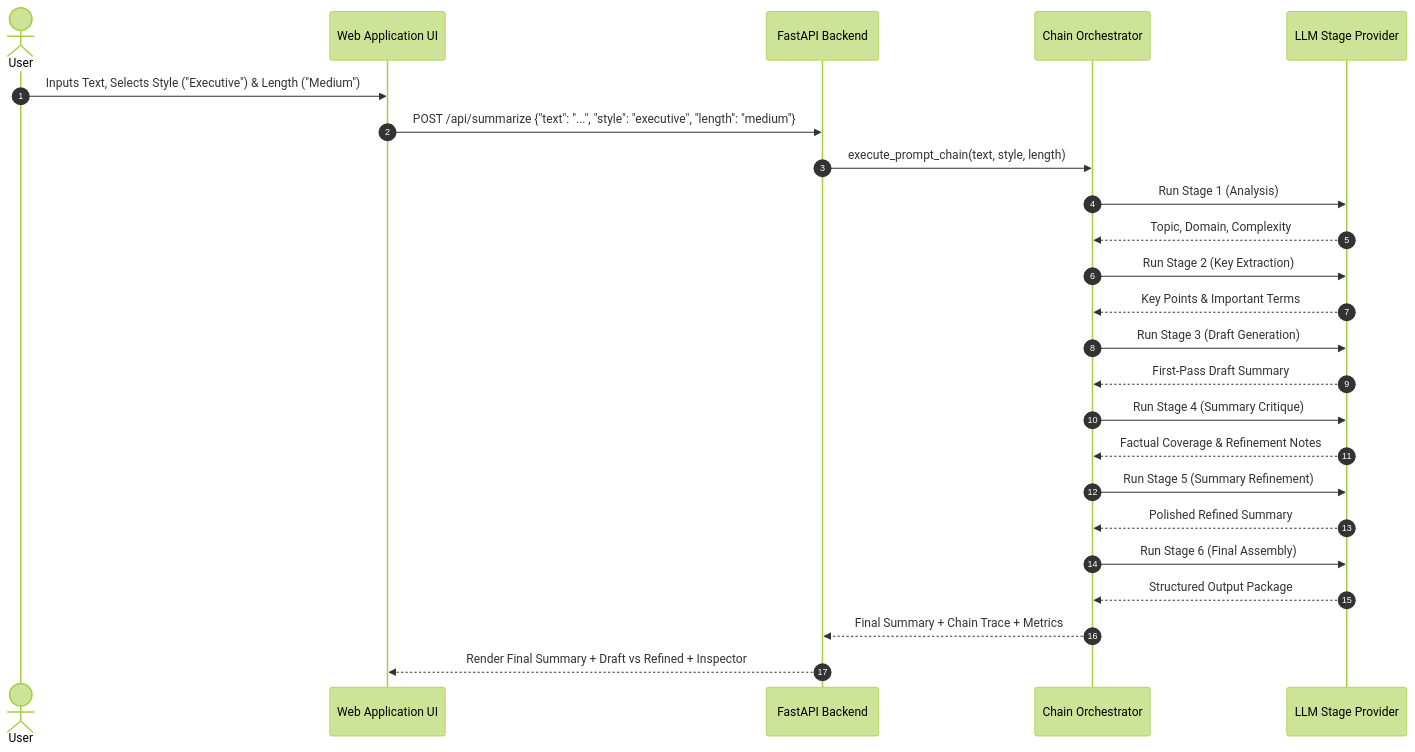
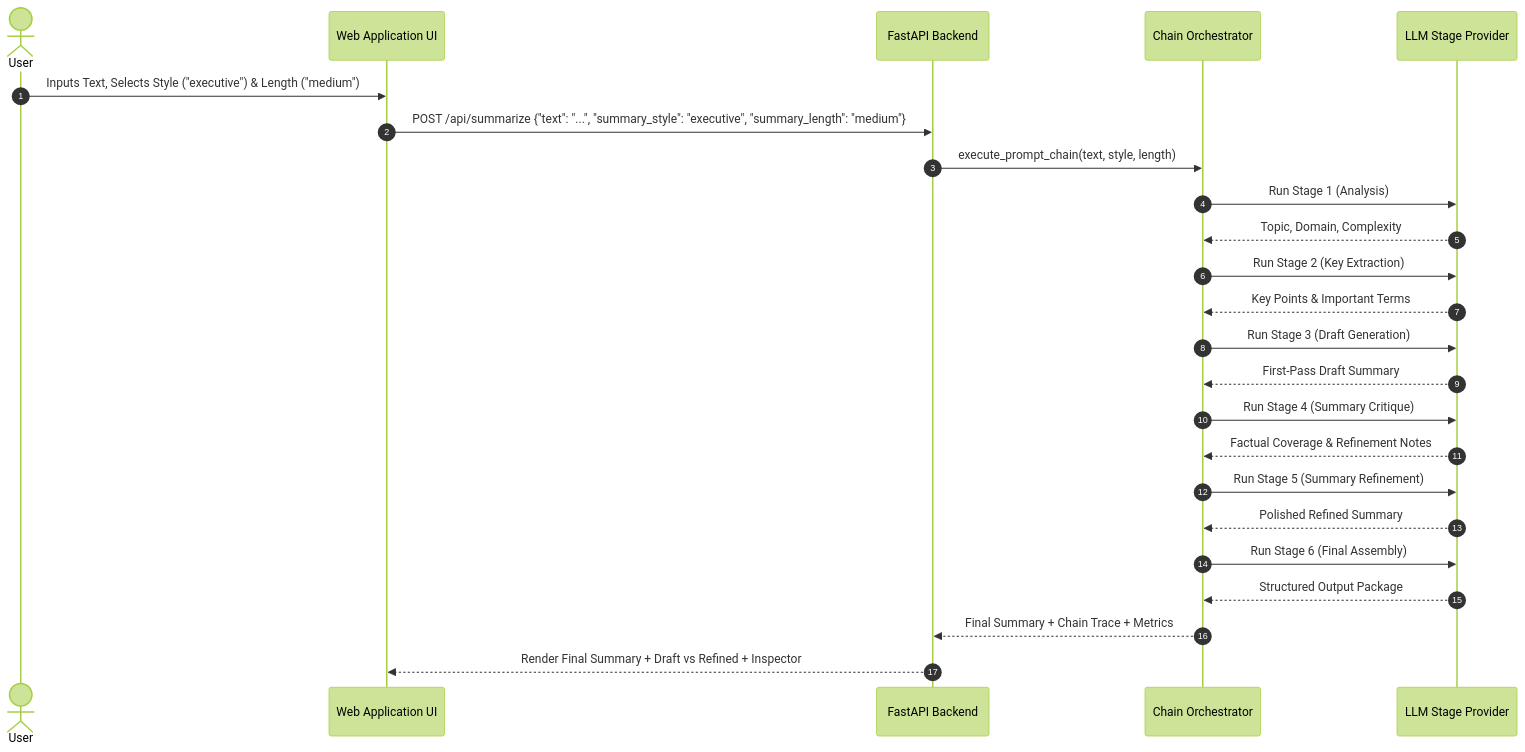
One commit to Vaishnav53/Applied-Agentic-AI-Lab-Experiments changed the sixth of 6 diagrams in AGENTIC_AI_LAB_COMPLETE_GUIDE.md. Above: the diagram before and after it, drawn with Mermaid (forest theme). The commit also changed other lines of this file and 4 other files, not shown here.

````diff
--- a/AGENTIC_AI_LAB_COMPLETE_GUIDE.md
+++ b/AGENTIC_AI_LAB_COMPLETE_GUIDE.md
@@ -819,27 +897,27 @@
 ```mermaid
 sequenceDiagram
     autonumber
     actor User
     participant UI as Web Application UI
     participant API as FastAPI Backend
     participant Chain as Chain Orchestrator
     participant LLM as LLM Stage Provider
 
-    User->>UI: Inputs Text, Selects Style ("Executive") & Length ("Medium")
-    UI->>API: POST /api/summarize {"text": "...", "style": "executive", "length": "medium"}
+    User->>UI: Inputs Text, Selects Style ("executive") & Length ("medium")
+    UI->>API: POST /api/summarize {"text": "...", "summary_style": "executive", "summary_length": "medium"}
     API->>Chain: execute_prompt_chain(text, style, length)
     Chain->>LLM: Run Stage 1 (Analysis)
     LLM-->>Chain: Topic, Domain, Complexity
     Chain->>LLM: Run Stage 2 (Key Extraction)
     LLM-->>Chain: Key Points & Important Terms
     Chain->>LLM: Run Stage 3 (Draft Generation)
     LLM-->>Chain: First-Pass Draft Summary
     Chain->>LLM: Run Stage 4 (Summary Critique)
     LLM-->>Chain: Factual Coverage & Refinement Notes
     Chain->>LLM: Run Stage 5 (Summary Refinement)
     LLM-->>Chain: Polished Refined Summary
     Chain->>LLM: Run Stage 6 (Final Assembly)
     LLM-->>Chain: Structured Output Package
     Chain-->>API: Final Summary + Chain Trace + Metrics
     API-->>UI: Render Final Summary + Draft vs Refined + Inspector
 ```
````
